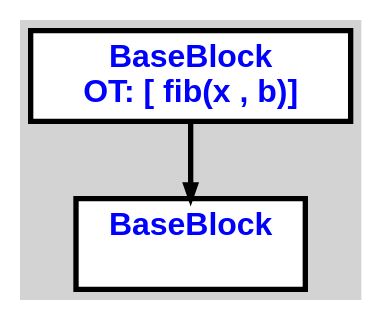
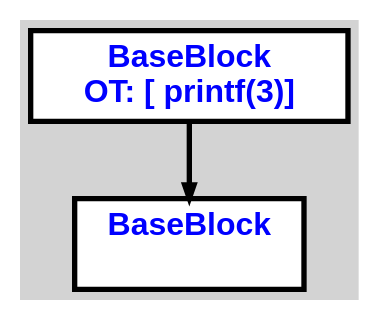
The diagram in cpoCompilerWin/input2.txt.DoThing.dot (aveen007/CountingMonkeys), drawn with Graphviz before and after one commit. The commit also changed 19 other files, not shown here.

```diff
--- a/cpoCompilerWin/input2.txt.DoThing.dot
+++ b/cpoCompilerWin/input2.txt.DoThing.dot
@@ -1,11 +1,11 @@
 digraph G {
 ordering=out;
 ranksep=.4;
 bgcolor="lightgrey";  node [shape=box, fixedsize=false, fontsize=12, fontname="Helvetica-bold", fontcolor="blue"
 width=.25, height=.25, color="black", fillcolor="white", style="filled, solid, bold"];
 
-edge [arrowsize=.5, color="black", style="bold"]    n00001287F19A33E0 [label="BaseBlock\n OT: [ fib(x , b)]
+edge [arrowsize=.5, color="black", style="bold"]    n0000125074B23380 [label="BaseBlock\n OT: [ printf(3)]
 "]
-    n00001287F19A34A0 [label="BaseBlock\n "]
-    n00001287F19A33E0 -> n00001287F19A34A0
+    n0000125074B233E0 [label="BaseBlock\n "]
+    n0000125074B23380 -> n0000125074B233E0
 }
```
